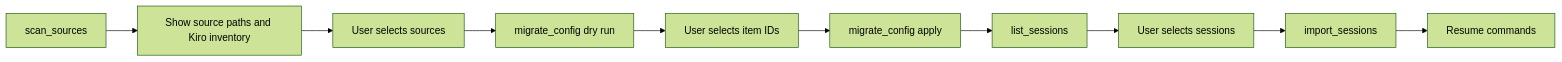
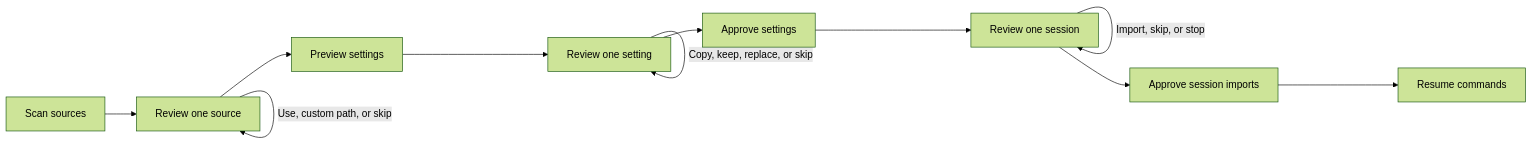
One commit to irshadc/kiro-migration-assistant changed the second of 2 diagrams in ARCHITECTURE.md. Above: the diagram before and after it, drawn with Mermaid (forest theme). The commit also changed other lines of this file and 8 other files, not shown here.

````diff
--- a/ARCHITECTURE.md
+++ b/ARCHITECTURE.md
@@ -116,12 +116,13 @@
 ```mermaid
 flowchart LR
-    A[scan_sources] --> B[Show source paths and Kiro inventory]
-    B --> C[User selects sources]
-    C --> D[migrate_config dry run]
-    D --> E[User selects item IDs]
-    E --> F[migrate_config apply]
-    F --> G[list_sessions]
-    G --> H[User selects sessions]
-    H --> I[import_sessions]
-    I --> J[Resume commands]
+    A[Scan sources] --> B[Review one source]
+    B -->|Use, custom path, or skip| B
+    B --> C[Preview settings]
+    C --> D[Review one setting]
+    D -->|Copy, keep, replace, or skip| D
+    D --> E[Approve settings]
+    E --> F[Review one session]
+    F -->|Import, skip, or stop| F
+    F --> G[Approve session imports]
+    G --> H[Resume commands]
 ```
````
